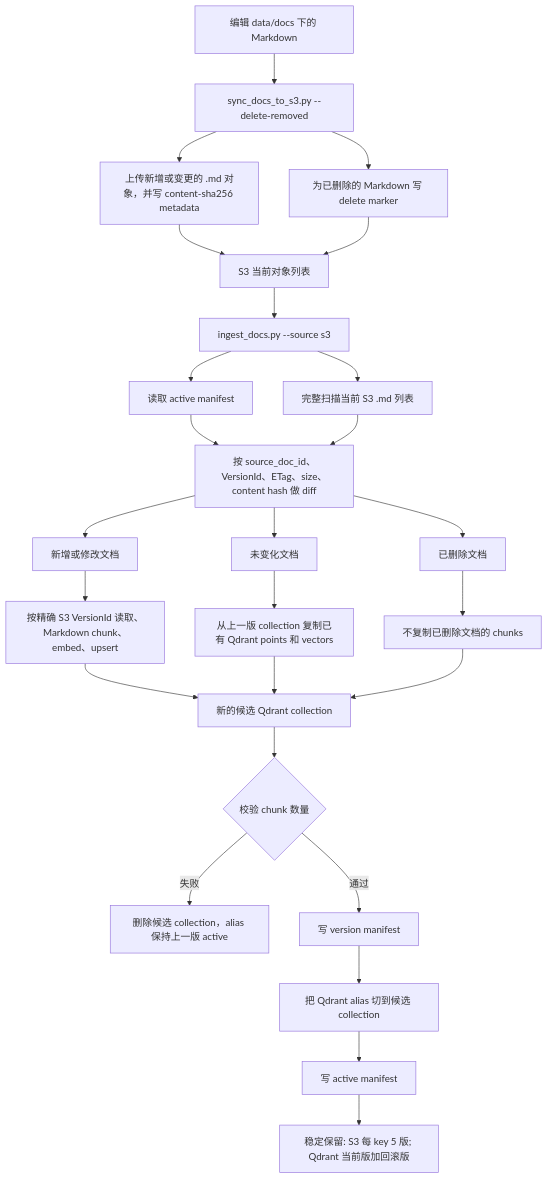
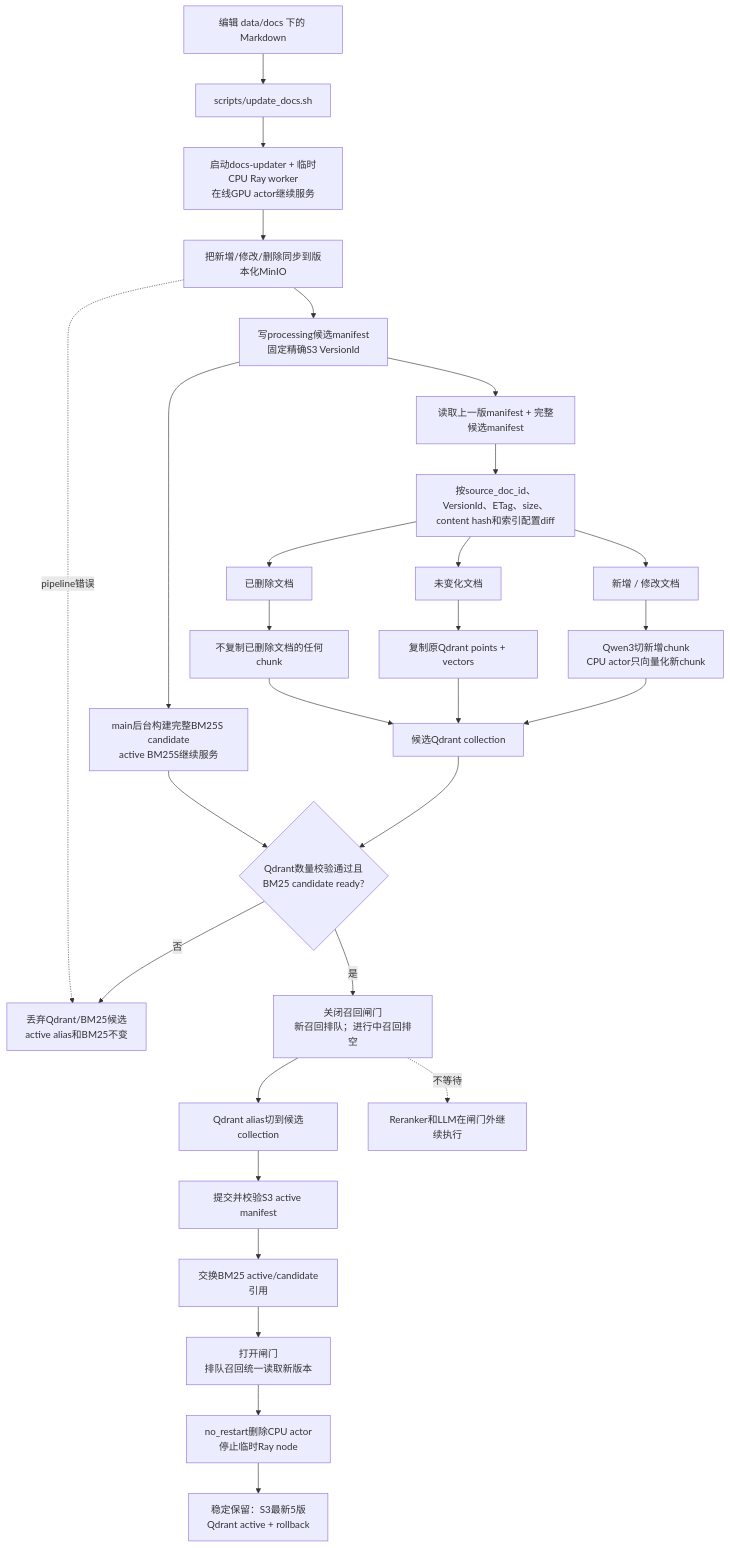
Before and after one commit to XingjiaYang/Knowledge-Base-Assistant: the fourth of 4 diagrams in readme.zh.md, drawn with Mermaid. The commit also changed other lines of this file and 151 other files, not shown here.

````diff
--- a/readme.zh.md
+++ b/readme.zh.md
@@ -637,28 +822,31 @@
 ```mermaid
 flowchart TD
-    A["编辑 data/docs 下的 Markdown"] --> B["sync_docs_to_s3.py --delete-removed"]
-    B --> C["上传新增或变更的 .md 对象，并写 content-sha256 metadata"]
-    B --> D["为已删除的 Markdown 写 delete marker"]
-    C --> E["S3 当前对象列表"]
-    D --> E
-    E --> F["ingest_docs.py --source s3"]
-    F --> G["读取 active manifest"]
-    F --> H["完整扫描当前 S3 .md 列表"]
-    G --> I["按 source_doc_id、VersionId、ETag、size、content hash 做 diff"]
-    H --> I
-    I --> J["新增或修改文档"]
-    I --> K["未变化文档"]
-    I --> L["已删除文档"]
-    J --> M["按精确 S3 VersionId 读取、Markdown chunk、embed、upsert"]
-    K --> N["从上一版 collection 复制已有 Qdrant points 和 vectors"]
-    L --> O["不复制已删除文档的 chunks"]
-    M --> P["新的候选 Qdrant collection"]
-    N --> P
-    O --> P
-    P --> Q{"校验 chunk 数量"}
-    Q -- "失败" --> R["删除候选 collection，alias 保持上一版 active"]
-    Q -- "通过" --> S["写 version manifest"]
-    S --> T["把 Qdrant alias 切到候选 collection"]
-    T --> U["写 active manifest"]
-    U --> V["稳定保留: S3 每 key 5 版; Qdrant 当前版加回滚版"]
+    A["编辑 data/docs 下的 Markdown"] --> B["scripts/update_docs.sh"]
+    B --> C["启动docs-updater + 临时CPU Ray worker<br/>在线GPU actor继续服务"]
+    C --> D["把新增/修改/删除同步到版本化MinIO"]
+    D --> E["写processing候选manifest<br/>固定精确S3 VersionId"]
+    E --> F["读取上一版manifest + 完整候选manifest"]
+    F --> G["按source_doc_id、VersionId、ETag、size、content hash和索引配置diff"]
+    G --> H["新增 / 修改文档"]
+    G --> I["未变化文档"]
+    G --> J["已删除文档"]
+    E --> BM["main后台构建完整BM25S candidate<br/>active BM25S继续服务"]
+    H --> K["Qwen3切新增chunk<br/>CPU actor只向量化新chunk"]
+    I --> L["复制原Qdrant points + vectors"]
+    J --> M["不复制已删除文档的任何chunk"]
+    K --> N["候选Qdrant collection"]
+    L --> N
+    M --> N
+    N --> Q{"Qdrant数量校验通过且<br/>BM25 candidate ready?"}
+    BM --> Q
+    Q -- "否" --> Fail["丢弃Qdrant/BM25候选<br/>active alias和BM25不变"]
+    Q -- "是" --> Gate["关闭召回闸门<br/>新召回排队；进行中召回排空"]
+    Gate --> Alias["Qdrant alias切到候选collection"]
+    Alias --> Manifest["提交并校验S3 active manifest"]
+    Manifest --> Swap["交换BM25 active/candidate引用"]
+    Swap --> Release["打开闸门<br/>排队召回统一读取新版本"]
+    Release --> Cleanup["no_restart删除CPU actor<br/>停止临时Ray node"]
+    Cleanup --> Keep["稳定保留：S3最新5版<br/>Qdrant active + rollback"]
+    Gate -. "不等待" .-> Outside["Reranker和LLM在闸门外继续执行"]
+    D -. "pipeline错误" .-> Fail
 ```
````
